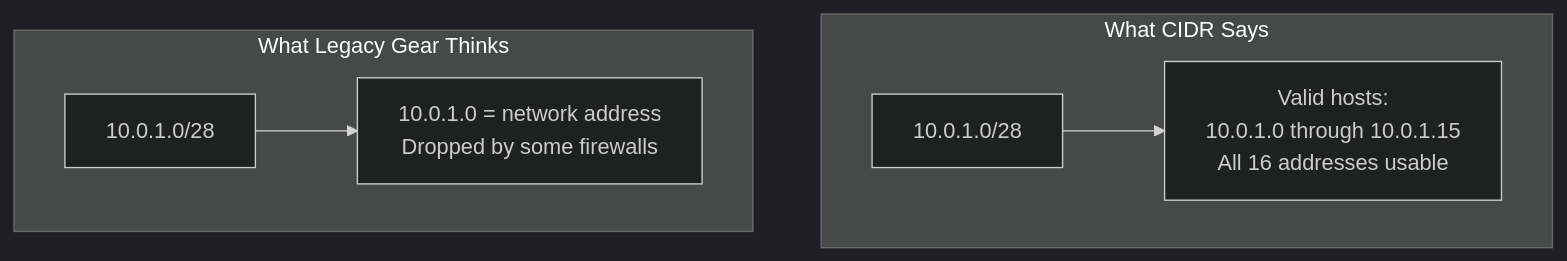
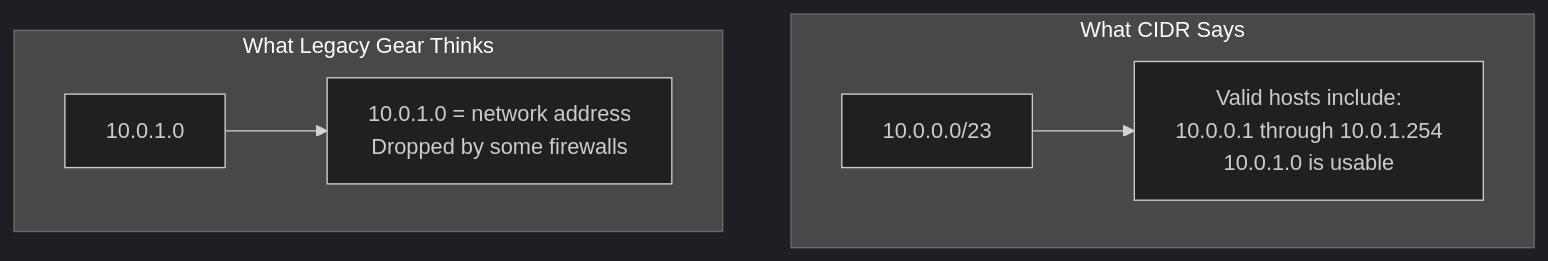
One commit to OneUptime/blog changed the first of 2 diagrams in posts/2026-02-20-metallb-avoid-buggy-ips/README.md. Above: the diagram before and after it, drawn with Mermaid (dark theme). The commit also changed other lines of this file and 2 other files, not shown here.

````diff
--- a/posts/2026-02-20-metallb-avoid-buggy-ips/README.md
+++ b/posts/2026-02-20-metallb-avoid-buggy-ips/README.md
@@ -19,9 +19,9 @@
 ```mermaid
 graph TD
     subgraph "What CIDR Says"
-        A[10.0.1.0/28] --> B["Valid hosts:\n10.0.1.0 through 10.0.1.15\nAll 16 addresses usable"]
+        A[10.0.0.0/23] --> B["Valid hosts include:\n10.0.0.1 through 10.0.1.254\n10.0.1.0 is usable"]
     end
     subgraph "What Legacy Gear Thinks"
-        C[10.0.1.0/28] --> D["10.0.1.0 = network address\nDropped by some firewalls"]
+        C[10.0.1.0] --> D["10.0.1.0 = network address\nDropped by some firewalls"]
     end
 ```
````
